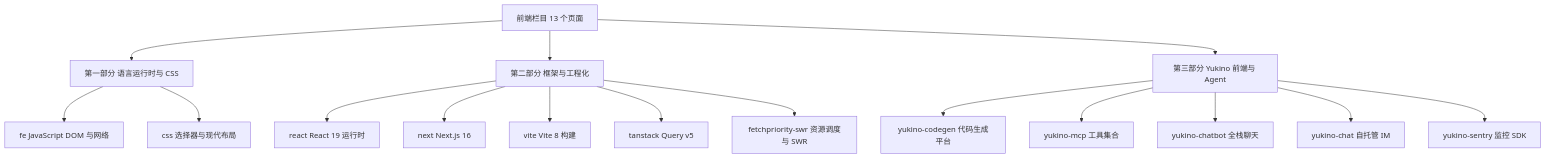
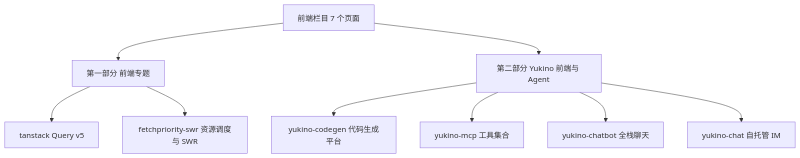
The diagram in content/fe/index.md (yukino-js/26autumn), drawn with Mermaid before and after one commit. The commit also changed other lines of this file and 81 other files, not shown here.

````diff
--- a/content/fe/index.md
+++ b/content/fe/index.md
@@ -11,19 +11,11 @@
 ```mermaid
 flowchart TB
-    FE[前端栏目 13 个页面]
-    FE --> P1[第一部分 语言运行时与 CSS]
-    FE --> P2[第二部分 框架与工程化]
-    FE --> P3[第三部分 Yukino 前端与 Agent]
-    P1 --> fe[fe JavaScript DOM 与网络]
-    P1 --> css[css 选择器与现代布局]
-    P2 --> react[react React 19 运行时]
-    P2 --> next[next Next.js 16]
-    P2 --> vite[vite Vite 8 构建]
-    P2 --> tanstack[tanstack Query v5]
-    P2 --> fpswr[fetchpriority-swr 资源调度与 SWR]
-    P3 --> codegen[yukino-codegen 代码生成平台]
-    P3 --> mcp[yukino-mcp 工具集合]
-    P3 --> chatbot[yukino-chatbot 全栈聊天]
-    P3 --> chat[yukino-chat 自托管 IM]
-    P3 --> sentry[yukino-sentry 监控 SDK]
+    FE[前端栏目 7 个页面] --> P1[第一部分 前端专题]
+    FE --> P2[第二部分 Yukino 前端与 Agent]
+    P1 --> tanstack[tanstack Query v5]
+    P1 --> fpswr[fetchpriority-swr 资源调度与 SWR]
+    P2 --> codegen[yukino-codegen 代码生成平台]
+    P2 --> mcp[yukino-mcp 工具集合]
+    P2 --> chatbot[yukino-chatbot 全栈聊天]
+    P2 --> chat[yukino-chat 自托管 IM]
 ```
````
